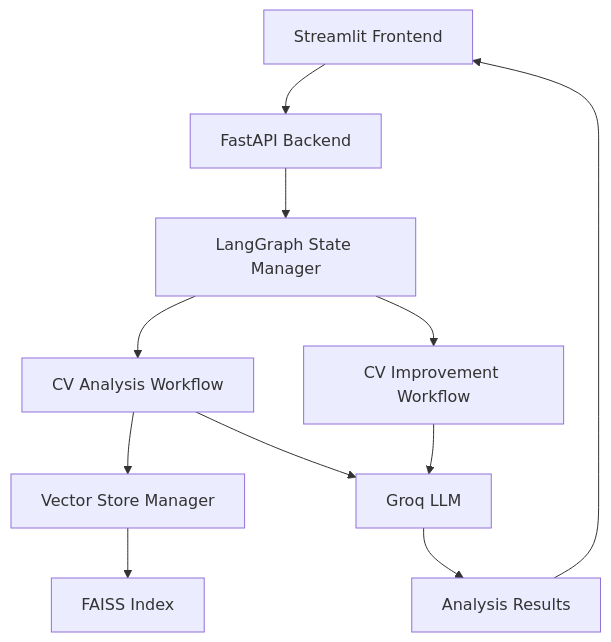
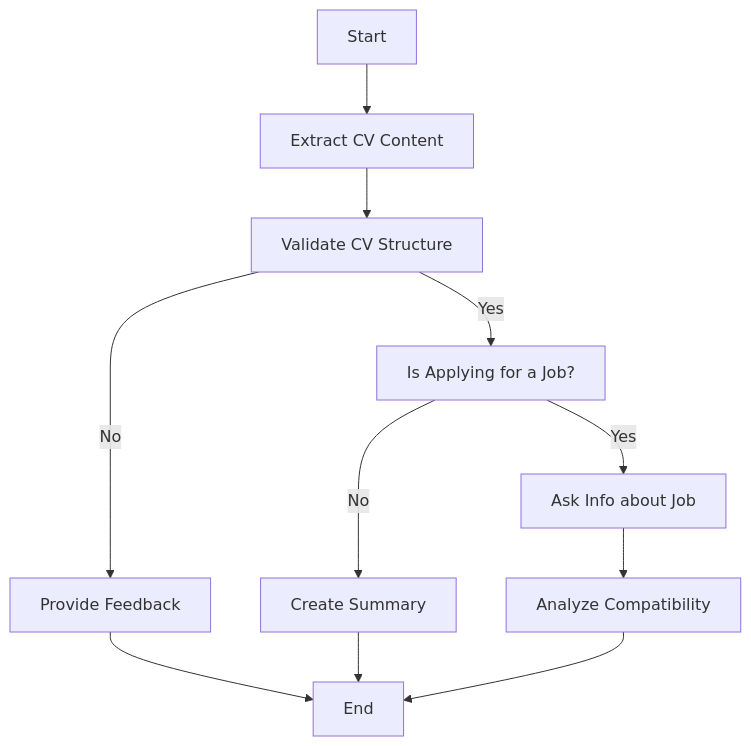
One commit to iesusdavila/JobLens changed the diagram in README.md. Above: the diagram before and after it, drawn with Mermaid.

Commit message:
Update Architecture

````diff
--- a/README.md
+++ b/README.md
@@ -45,13 +45,13 @@
 ```mermaid
 graph TB
-    A[Streamlit Frontend] --> B[FastAPI Backend]
-    B --> C[LangGraph State Manager]
-    C --> D[CV Analysis Workflow]
-    C --> E[CV Improvement Workflow]
-    D --> F[Vector Store Manager]
-    F --> G[FAISS Index]
-    D --> H[Groq LLM]
-    E --> H
-    H --> I[Analysis Results]
-    I --> A
+    A[Start] --> B[Extract CV Content]
+    B --> C[Validate CV Structure]
+    C --> |Yes| D[Is Applying for a Job?]
+    C --> |No| E[Provide Feedback]
+    D --> |Yes| F[Ask Info about Job]
+    D --> |No| H[Create Summary]
+    F --> G[Analyze Compatibility]
+    E --> I[End]
+    H --> I
+    G --> I
 ```
````
